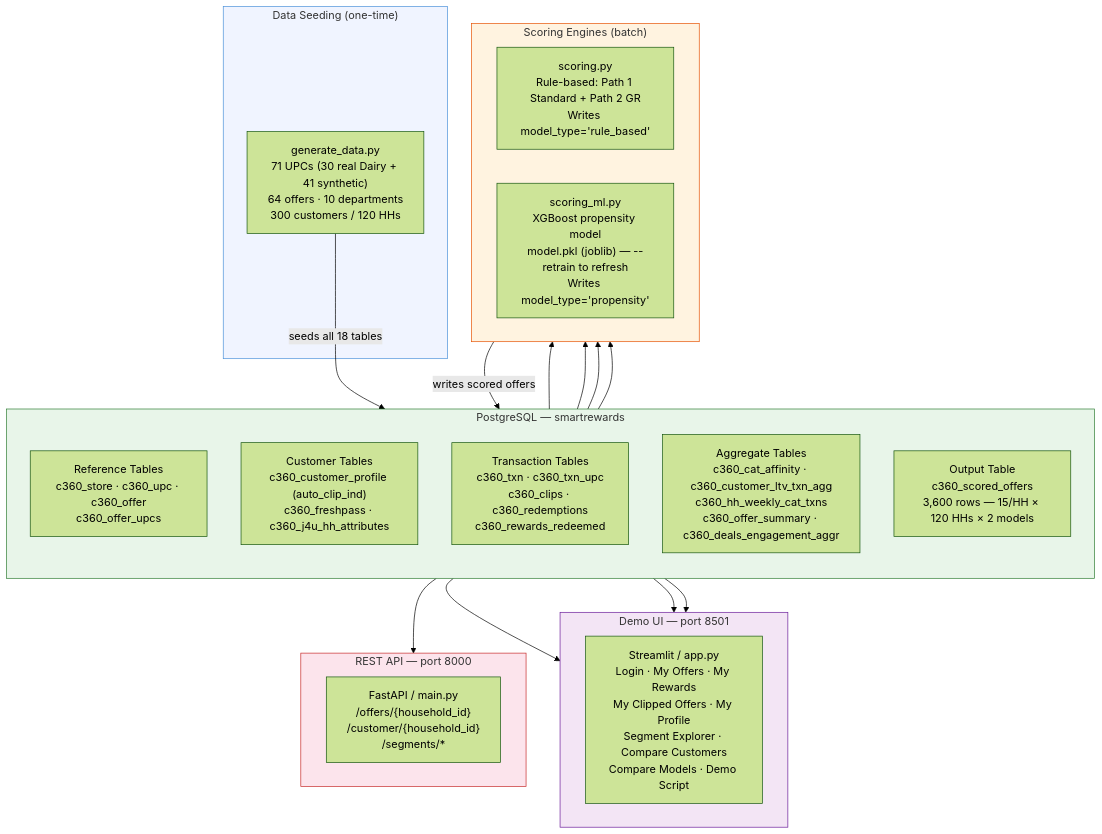
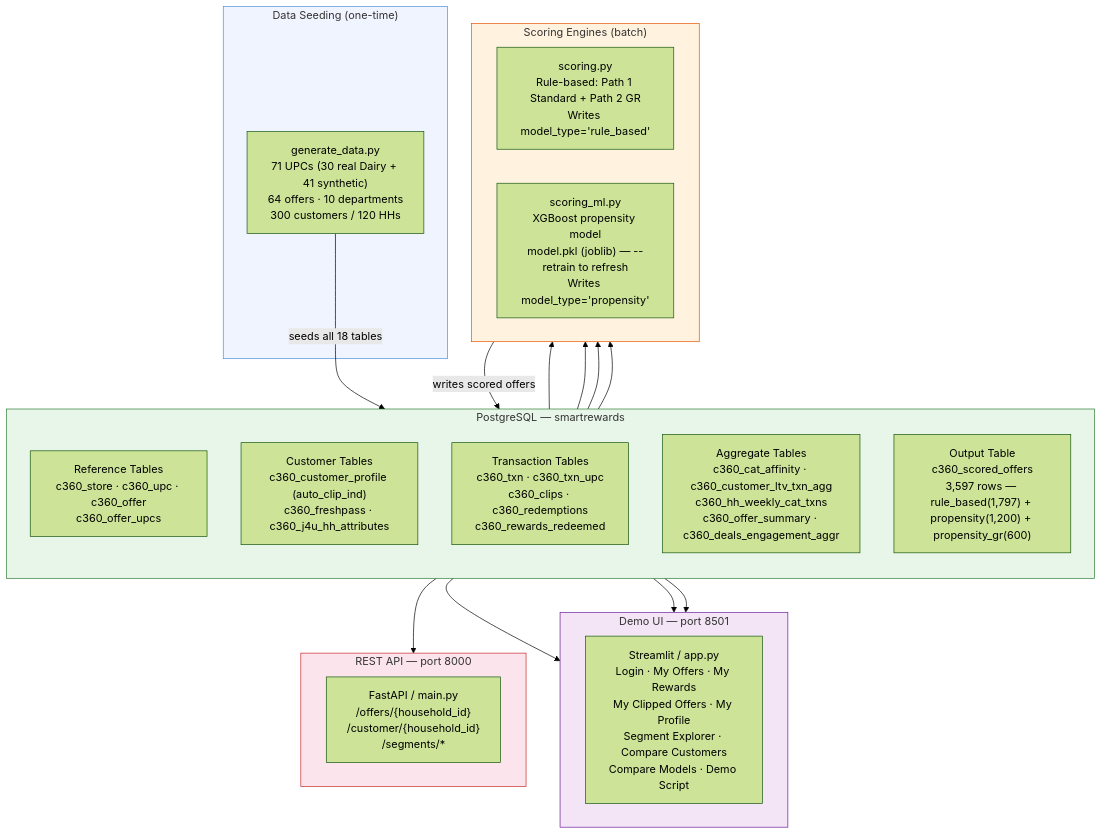
One commit to kartikat/SmartOfferEngineHK changed the first of 5 diagrams in docs/architecture.md. Above: the diagram before and after it, drawn with Mermaid (forest theme). The commit also changed other lines of this file and 11 other files, not shown here.

First line of the commit message:
Sessions 7-8: Split propensity models, separate scoring pools, UI visual refresh

````diff
--- a/docs/architecture.md
+++ b/docs/architecture.md
@@ -9,45 +9,45 @@
 ```mermaid
 flowchart TD
     subgraph SEED["Data Seeding (one-time)"]
         GEN["generate_data.py\n71 UPCs (30 real Dairy + 41 synthetic)\n64 offers · 10 departments\n300 customers / 120 HHs"]
     end
 
     subgraph DB["PostgreSQL — smartrewards"]
         direction TB
         REF["Reference Tables\nc360_store · c360_upc · c360_offer\nc360_offer_upcs"]
         CUST["Customer Tables\nc360_customer_profile (auto_clip_ind)\nc360_freshpass · c360_j4u_hh_attributes"]
         TXN["Transaction Tables\nc360_txn · c360_txn_upc\nc360_clips · c360_redemptions\nc360_rewards_redeemed"]
         AGG["Aggregate Tables\nc360_cat_affinity · c360_customer_ltv_txn_agg\nc360_hh_weekly_cat_txns\nc360_offer_summary · c360_deals_engagement_aggr"]
-        OUT["Output Table\nc360_scored_offers\n3,600 rows — 15/HH × 120 HHs × 2 models"]
+        OUT["Output Table\nc360_scored_offers\n3,597 rows — rule_based(1,797) + propensity(1,200) + propensity_gr(600)"]
     end
 
     subgraph ENGINE["Scoring Engines (batch)"]
         SCORE["scoring.py\nRule-based: Path 1 Standard + Path 2 GR\nWrites model_type='rule_based'"]
         SCOREML["scoring_ml.py\nXGBoost propensity model\nmodel.pkl (joblib) — --retrain to refresh\nWrites model_type='propensity'"]
     end
 
     subgraph API["REST API — port 8000"]
         FAST["FastAPI / main.py\n/offers/{household_id}\n/customer/{household_id}\n/segments/*"]
     end
 
     subgraph UI["Demo UI — port 8501"]
         APP["Streamlit / app.py\nLogin · My Offers · My Rewards\nMy Clipped Offers · My Profile\nSegment Explorer · Compare Customers\nCompare Models · Demo Script"]
     end
 
     GEN -->|"seeds all 18 tables"| DB
     CUST --> ENGINE
     TXN --> ENGINE
     AGG --> ENGINE
     REF --> ENGINE
     ENGINE -->|"writes scored offers"| OUT
     OUT --> API
     CUST --> UI
     OUT --> UI
     REF --> UI
 
     style SEED fill:#f0f4ff,stroke:#4a90d9
     style DB fill:#e8f5e9,stroke:#2e7d32
     style ENGINE fill:#fff3e0,stroke:#e65100
     style API fill:#fce4ec,stroke:#c62828
     style UI fill:#f3e5f5,stroke:#6a1b9a
 ```
````
